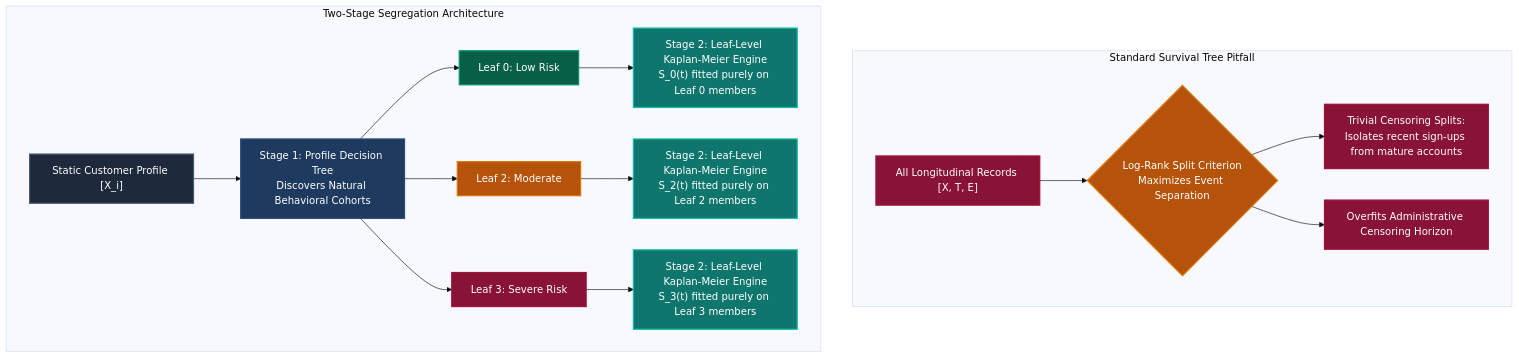
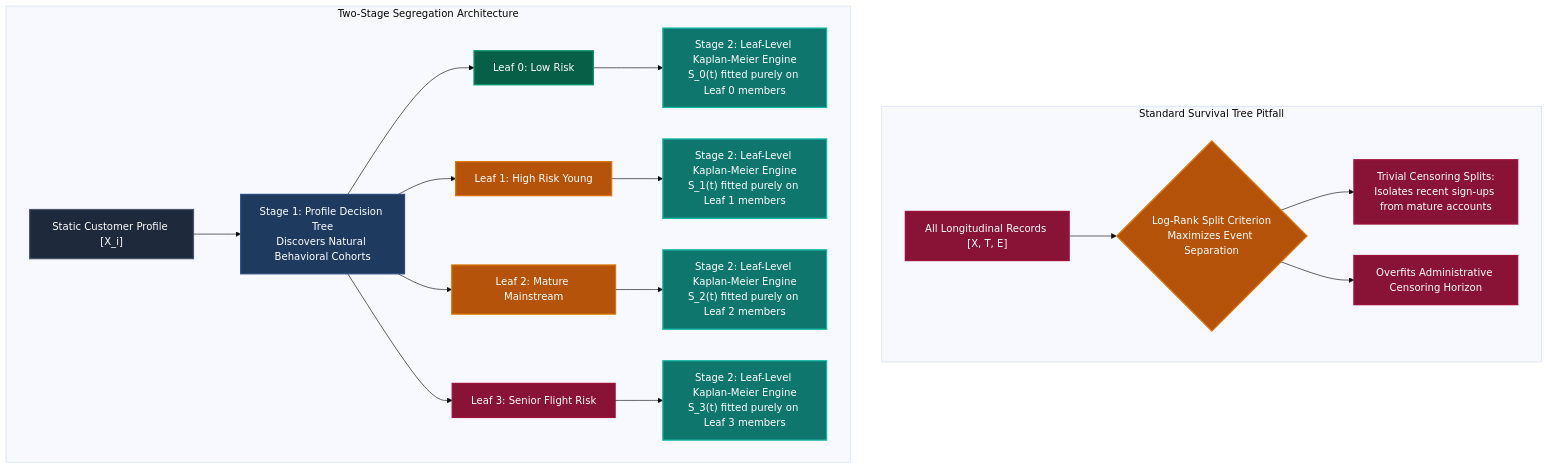
The diagram in docs/blog/segregate-first-two-stage-survival-trees.md (jkapila/mltreelib), drawn with Mermaid (base theme) before and after one commit. The commit also changed other lines of this file and 3 other files, not shown here.

````diff
--- a/docs/blog/segregate-first-two-stage-survival-trees.md
+++ b/docs/blog/segregate-first-two-stage-survival-trees.md
@@ -36,36 +36,38 @@
 ```mermaid
 flowchart TD
     subgraph Trap["Standard Survival Tree Pitfall"]
         A["All Longitudinal Records [X, T, E]"] --> B{"Log-Rank Split Criterion\nMaximizes Event Separation"}
         B --> C["Trivial Censoring Splits:\nIsolates recent sign-ups from mature accounts"]
         B --> D["Overfits Administrative Censoring Horizon"]
     end
 
     subgraph Solved["Two-Stage Segregation Architecture"]
         E["Static Customer Profile [X_i]"] --> F["Stage 1: Profile Decision Tree\nDiscovers Natural Behavioral Cohorts"]
         F --> G["Leaf 0: Low Risk"]
-        F --> H["Leaf 2: Moderate"]
-        F --> I["Leaf 3: Severe Risk"]
-        G --> J["Stage 2: Leaf-Level Kaplan-Meier Engine\nS_0(t) fitted purely on Leaf 0 members"]
-        H --> K["Stage 2: Leaf-Level Kaplan-Meier Engine\nS_2(t) fitted purely on Leaf 2 members"]
-        I --> L["Stage 2: Leaf-Level Kaplan-Meier Engine\nS_3(t) fitted purely on Leaf 3 members"]
+        F --> H["Leaf 1: High Risk Young"]
+        F --> I["Leaf 2: Mature Mainstream"]
+        F --> J["Leaf 3: Senior Flight Risk"]
+        G --> K["Stage 2: Leaf-Level Kaplan-Meier Engine\nS_0(t) fitted purely on Leaf 0 members"]
+        H --> L["Stage 2: Leaf-Level Kaplan-Meier Engine\nS_1(t) fitted purely on Leaf 1 members"]
+        I --> M["Stage 2: Leaf-Level Kaplan-Meier Engine\nS_2(t) fitted purely on Leaf 2 members"]
+        J --> N["Stage 2: Leaf-Level Kaplan-Meier Engine\nS_3(t) fitted purely on Leaf 3 members"]
     end
 
     classDef trapBox fill:#881337,stroke:#9f1239,stroke-width:2px,color:#ffffff;
     classDef gateBox fill:#b45309,stroke:#d97706,stroke-width:2px,color:#ffffff;
     classDef dataBox fill:#1e293b,stroke:#475569,stroke-width:2px,color:#ffffff;
     classDef stageBox fill:#1e3a5f,stroke:#2b4c7e,stroke-width:2px,color:#ffffff;
     classDef lowRisk fill:#065f46,stroke:#059669,stroke-width:2px,color:#ffffff;
     classDef medRisk fill:#b45309,stroke:#d97706,stroke-width:2px,color:#ffffff;
     classDef highRisk fill:#881337,stroke:#9f1239,stroke-width:2px,color:#ffffff;
     classDef kmBox fill:#0f766e,stroke:#14b8a6,stroke-width:2px,color:#ffffff;
 
     class A,C,D trapBox;
     class B gateBox;
     class E dataBox;
     class F stageBox;
     class G lowRisk;
-    class H medRisk;
-    class I highRisk;
-    class J,K,L kmBox;
+    class H,I medRisk;
+    class J highRisk;
+    class K,L,M,N kmBox;
 ```
````
